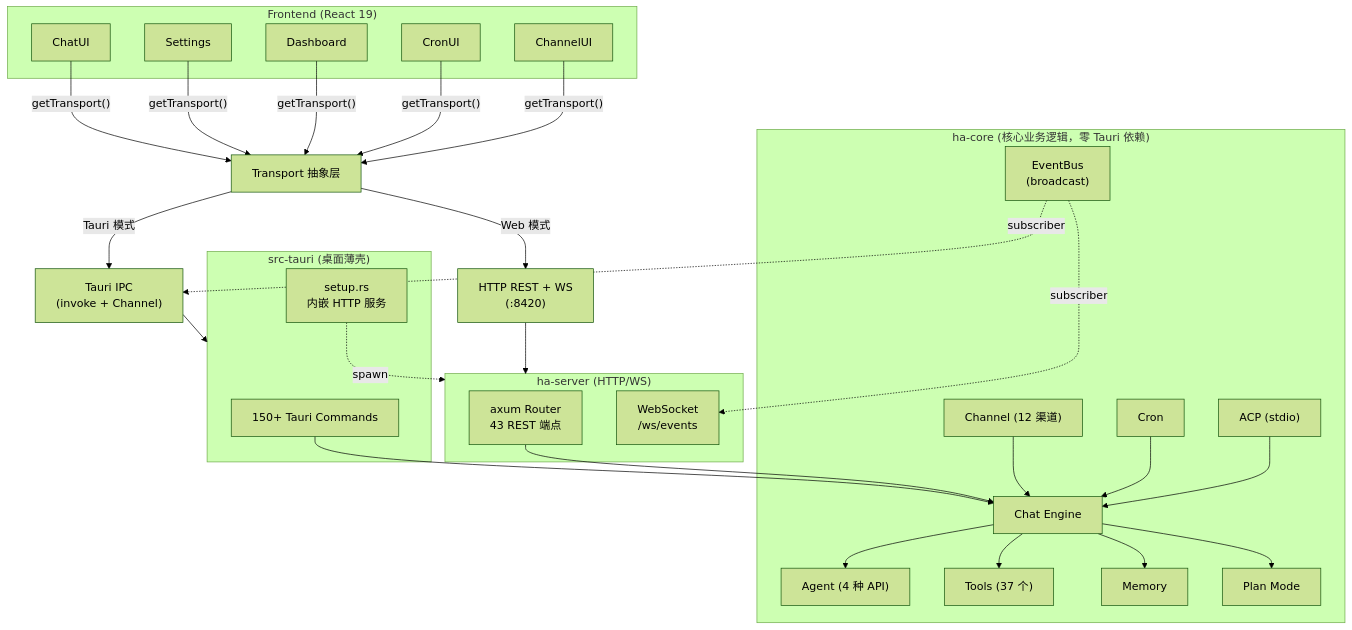
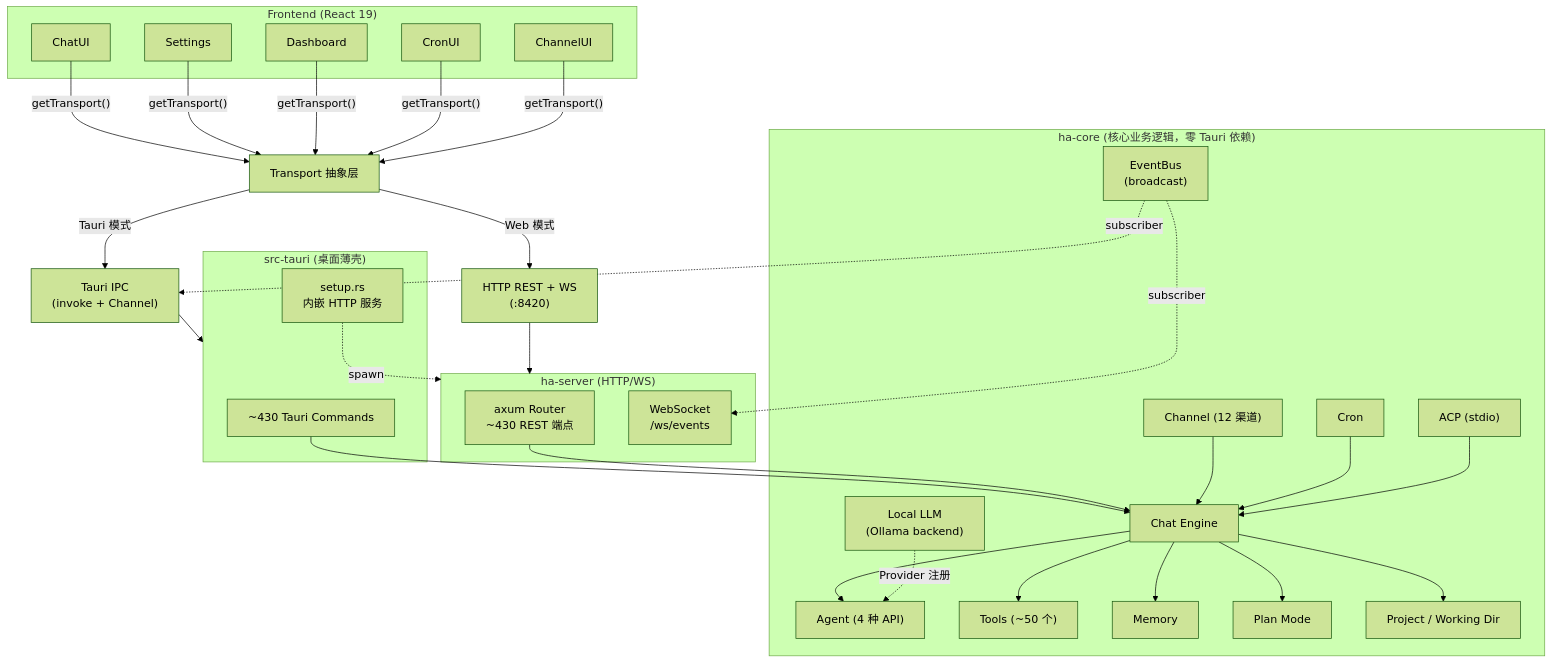
The first of 4 diagrams in docs/architecture/overview.md (shiwenwen/hope-agent), drawn with Mermaid (forest theme) before and after one commit. The commit also changed other lines of this file and 22 other files, not shown here.

````diff
--- a/docs/architecture/overview.md
+++ b/docs/architecture/overview.md
@@ -26,49 +26,52 @@
 ```mermaid
 graph TD
     subgraph Frontend["Frontend (React 19)"]
         ChatUI["ChatUI"]
         Settings["Settings"]
         Dashboard_UI["Dashboard"]
         CronUI["CronUI"]
         ChannelUI["ChannelUI"]
     end
 
     ChatUI & Settings & Dashboard_UI & CronUI & ChannelUI -->|"getTransport()"| Transport["Transport 抽象层"]
 
     Transport -->|"Tauri 模式"| IPC["Tauri IPC<br/>(invoke + Channel)"]
     Transport -->|"Web 模式"| HTTP["HTTP REST + WS<br/>(:8420)"]
 
     IPC --> TauriShell
     HTTP --> OcServer
 
     subgraph TauriShell["src-tauri (桌面薄壳)"]
-        Commands["150+ Tauri Commands"]
+        Commands["~430 Tauri Commands"]
         TauriSetup["setup.rs<br/>内嵌 HTTP 服务"]
     end
 
     subgraph OcServer["ha-server (HTTP/WS)"]
-        Router["axum Router<br/>43 REST 端点"]
+        Router["axum Router<br/>~430 REST 端点"]
         WSHandler["WebSocket<br/>/ws/events"]
     end
 
     Commands --> ChatEngine
     Router --> ChatEngine
     TauriSetup -.->|"spawn"| OcServer
 
     subgraph OcCore["ha-core (核心业务逻辑，零 Tauri 依赖)"]
         ChatEngine["Chat Engine"]
         ChatEngine --> Agent["Agent (4 种 API)"]
-        ChatEngine --> Tools["Tools (37 个)"]
+        ChatEngine --> Tools["Tools (~50 个)"]
         ChatEngine --> Memory["Memory"]
         ChatEngine --> PlanMode["Plan Mode"]
+        ChatEngine --> Project["Project / Working Dir"]
         EventBus["EventBus<br/>(broadcast)"]
         Channel["Channel (12 渠道)"]
         Cron["Cron"]
         ACP["ACP (stdio)"]
+        LocalLLM["Local LLM<br/>(Ollama backend)"]
         Channel & Cron & ACP --> ChatEngine
+        LocalLLM -.->|"Provider 注册"| Agent
     end
 
     EventBus -.->|"subscriber"| IPC
     EventBus -.->|"subscriber"| WSHandler
 
 ```
````
